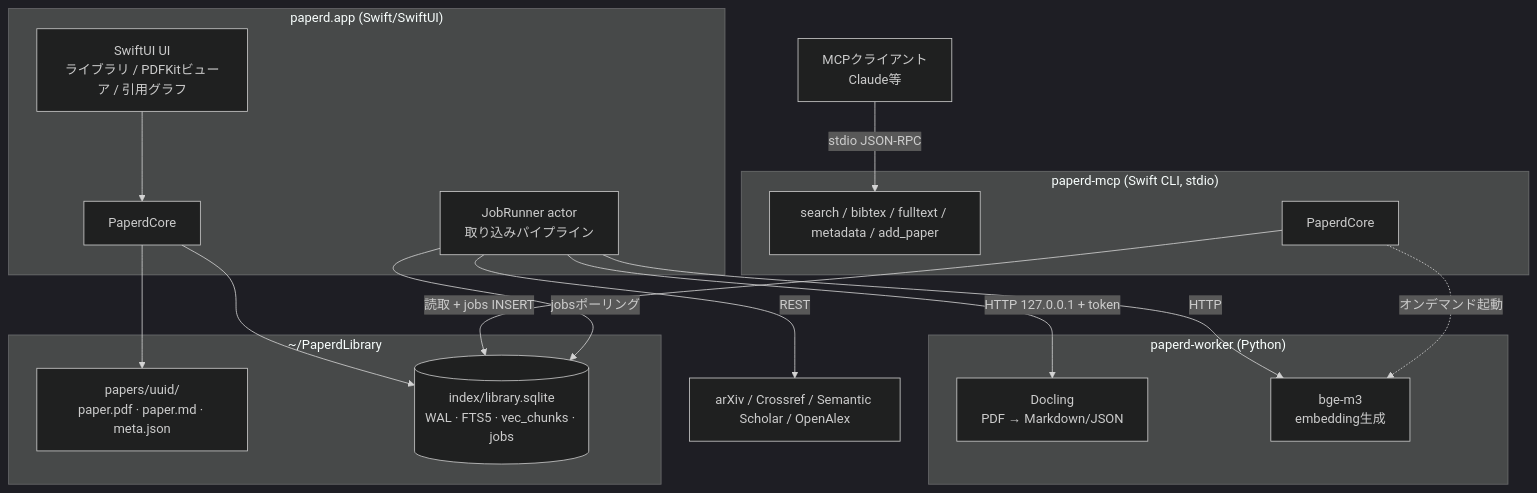
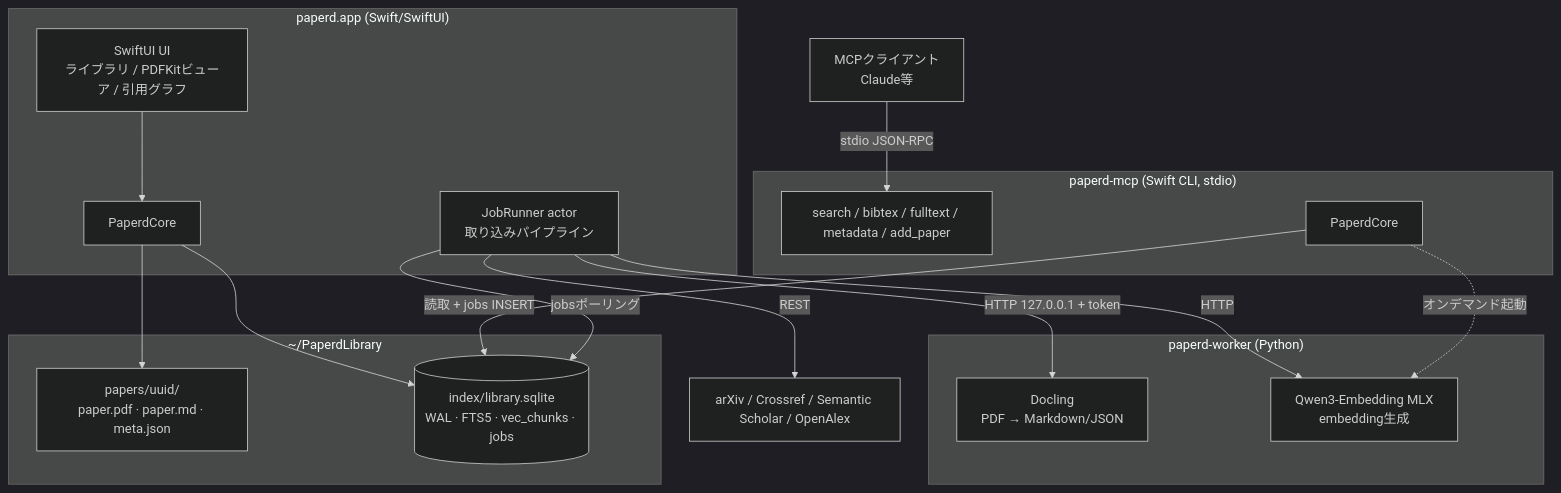
One commit to paperd-app/paperd changed the diagram in docs/01-architecture.md. Above: the diagram before and after it, drawn with Mermaid (dark theme). The commit also changed other lines of this file and 30 other files, not shown here.

First line of the commit message:
Switch embeddings to Qwen3 MLX

````diff
--- a/docs/01-architecture.md
+++ b/docs/01-architecture.md
@@ -5,37 +5,37 @@
 ```mermaid
 graph TB
   subgraph App["paperd.app (Swift/SwiftUI)"]
     UI[SwiftUI UI<br/>ライブラリ / PDFKitビューア / 引用グラフ]
     JR[JobRunner actor<br/>取り込みパイプライン]
     Core1[PaperdCore]
   end
 
   subgraph MCP["paperd-mcp (Swift CLI, stdio)"]
     Tools[search / bibtex / fulltext / metadata / add_paper]
     Core2[PaperdCore]
   end
 
   subgraph Worker["paperd-worker (Python)"]
     DOC[Docling<br/>PDF → Markdown/JSON]
-    EMB[bge-m3<br/>embedding生成]
+    EMB[Qwen3-Embedding MLX<br/>embedding生成]
   end
 
   subgraph Lib["~/PaperdLibrary"]
     FS[papers/uuid/<br/>paper.pdf · paper.md · meta.json]
     DB[(index/library.sqlite<br/>WAL · FTS5 · vec_chunks · jobs)]
   end
 
   EXT[arXiv / Crossref / Semantic Scholar / OpenAlex]
   Claude[MCPクライアント<br/>Claude等]
 
   Claude -->|stdio JSON-RPC| Tools
   UI --> Core1
   Core1 --> DB
   Core1 --> FS
   JR -->|HTTP 127.0.0.1 + token| DOC
   JR -->|HTTP| EMB
   JR -->|REST| EXT
   Core2 -->|読取 + jobs INSERT| DB
   Core2 -.->|オンデマンド起動| EMB
   JR -->|jobsポーリング| DB
 ```
````
